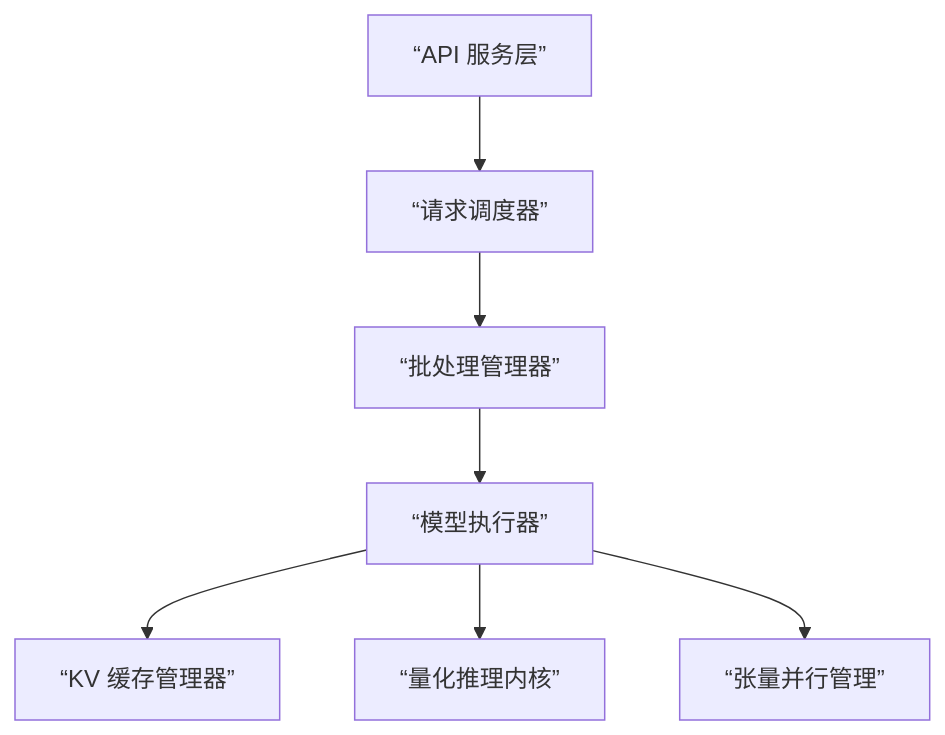
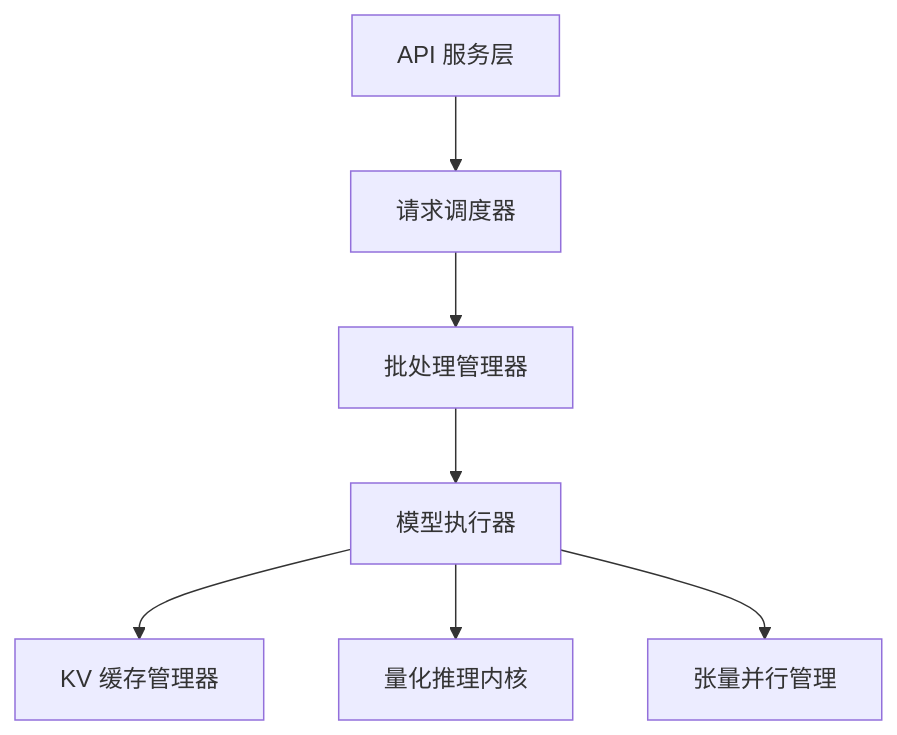
Before and after one commit to yeasy/llm_internals: the diagram in 11_serving/11.1_engines_overview.md, drawn with Mermaid. The commit also changed 1 other file, not shown here.

Commit message:
Fix Mermaid Chinese quotes to ASCII

````diff
--- a/11_serving/11.1_engines_overview.md
+++ b/11_serving/11.1_engines_overview.md
@@ -30,9 +30,9 @@
 ```mermaid
 graph TB
-    api[“API 服务层”] --> scheduler[“请求调度器”]
-    scheduler --> batcher[“批处理管理器”]
-    batcher --> executor[“模型执行器”]
-    executor --> kv[“KV 缓存管理器”]
-    executor --> quant[“量化推理内核”]
-    executor --> tp[“张量并行管理”]
+    api["API 服务层"] --> scheduler["请求调度器"]
+    scheduler --> batcher["批处理管理器"]
+    batcher --> executor["模型执行器"]
+    executor --> kv["KV 缓存管理器"]
+    executor --> quant["量化推理内核"]
+    executor --> tp["张量并行管理"]
 ```
````
